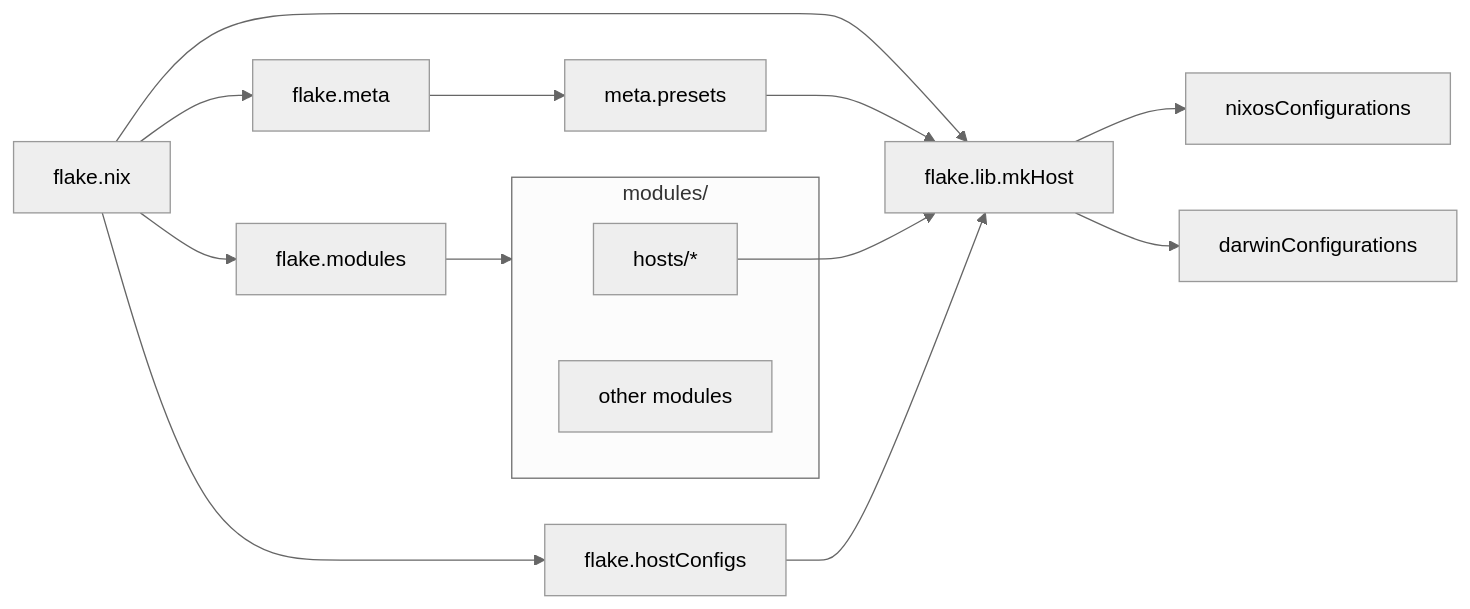
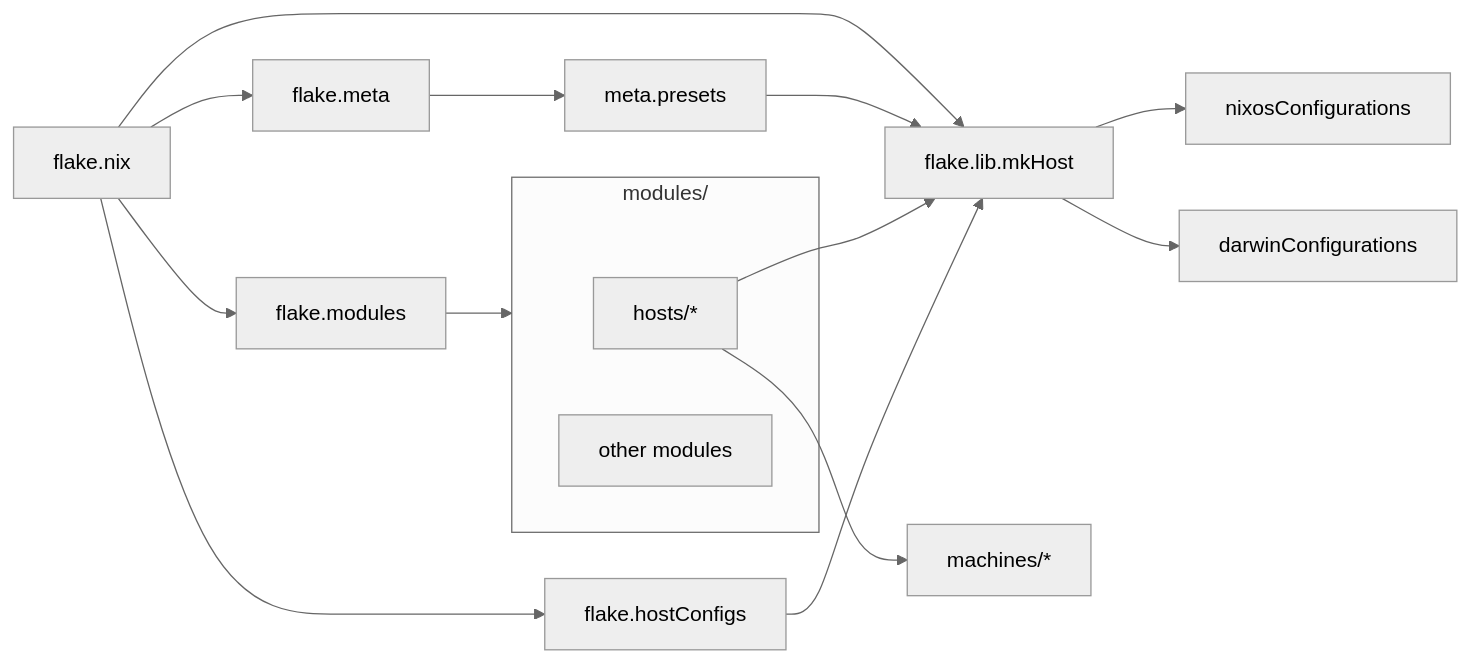
One commit to fbosch/nixos changed the first of 2 diagrams in README.md. Above: the diagram before and after it, drawn with Mermaid (neutral theme). The commit also changed other lines of this file, not shown here.

````diff
--- a/README.md
+++ b/README.md
@@ -32,29 +41,32 @@
 ```mermaid
 flowchart LR
   flake[flake.nix]
   meta[flake.meta]
   modules[flake.modules]
   lib[flake.lib.mkHost]
   hostConfigs[flake.hostConfigs]
   presets[meta.presets]
 
   subgraph moduleTree[modules/]
     hosts[hosts/*]
     moduleset[other modules]
   end
 
+  machines[machines/*]
+
   flake --> meta
   flake --> modules
   flake --> lib
   flake --> hostConfigs
 
   meta --> presets
   presets --> lib
 
   modules --> moduleTree
   hosts --> lib
+  hosts --> machines
   hostConfigs --> lib
 
   lib --> nixosConfigs[nixosConfigurations]
   lib --> darwinConfigs[darwinConfigurations]
 ```
````
